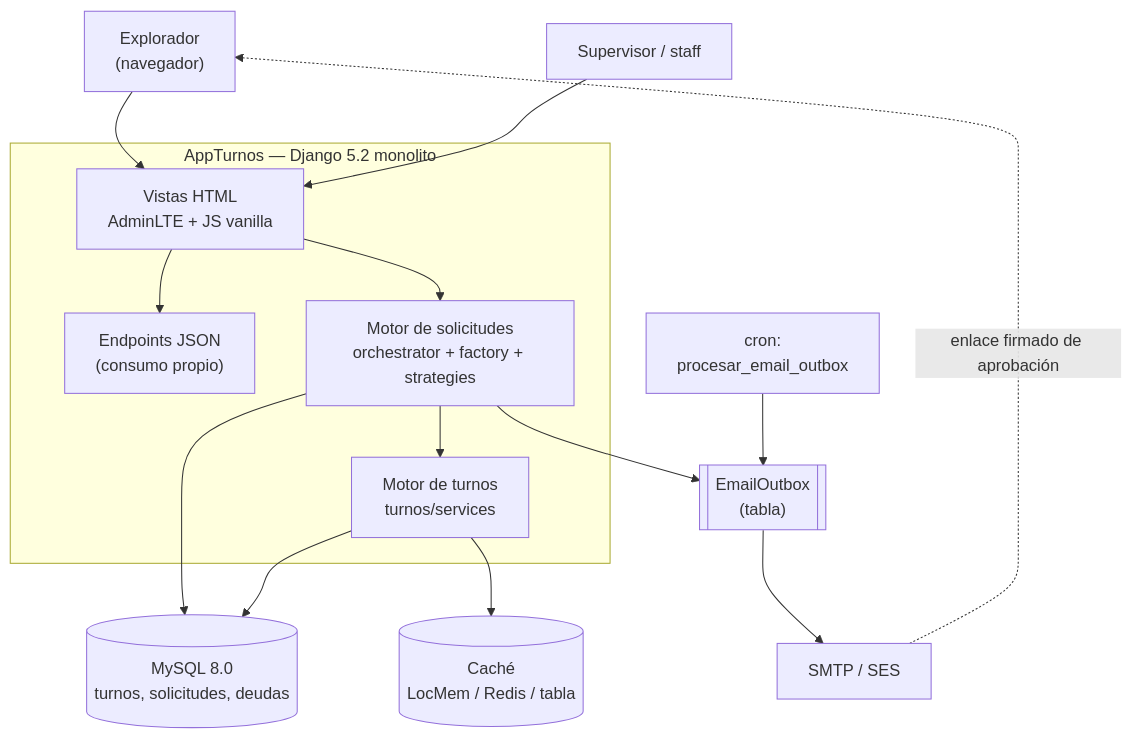
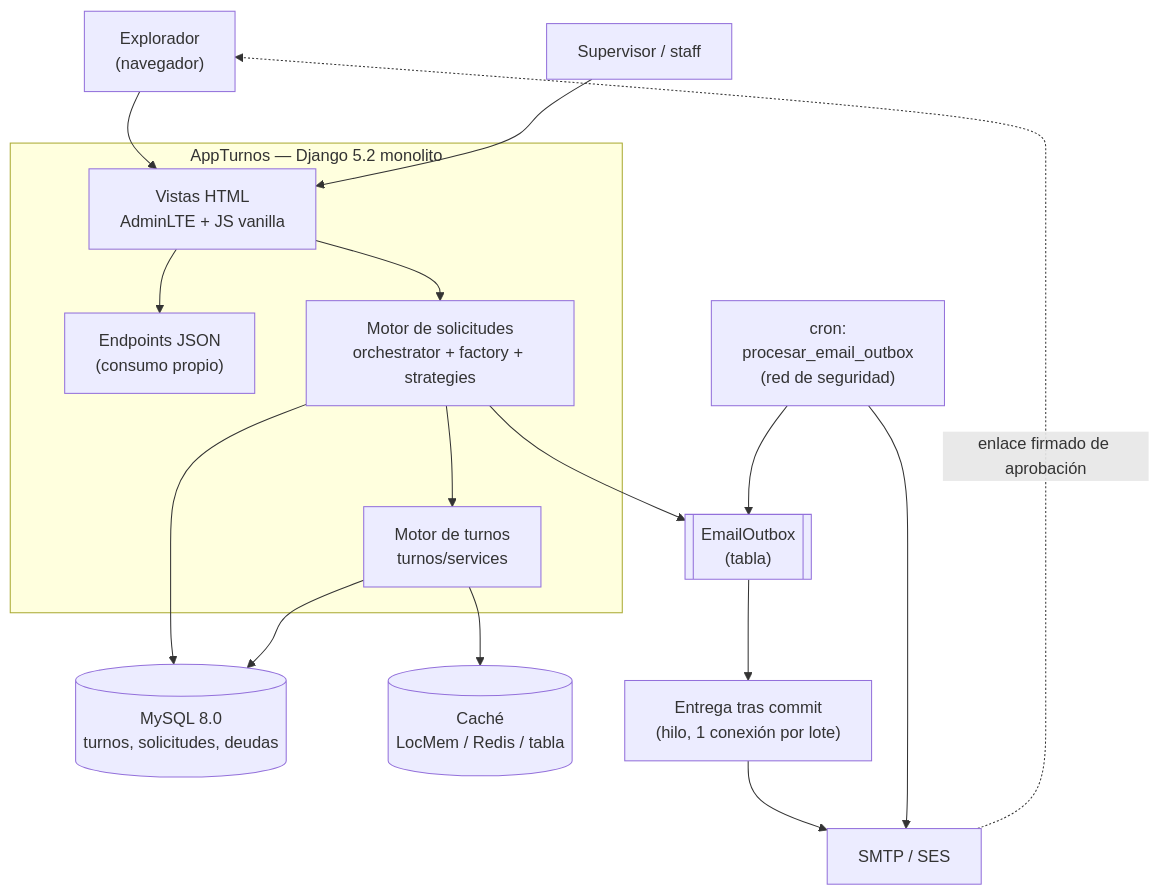
One commit to ManuelCris29/turnosEx changed the first of 6 diagrams in AppTurnosExplora/docs/manual_tecnico.md. Above: the diagram before and after it, drawn with Mermaid. The commit also changed other lines of this file and 7 other files, not shown here.

````diff
--- a/AppTurnosExplora/docs/manual_tecnico.md
+++ b/AppTurnosExplora/docs/manual_tecnico.md
@@ -238,29 +243,32 @@
 ```mermaid
 flowchart TB
     EXP["Explorador<br/>(navegador)"]
     SUP["Supervisor / staff"]
     subgraph APP["AppTurnos — Django 5.2 monolito"]
         WEB["Vistas HTML<br/>AdminLTE + JS vanilla"]
         API["Endpoints JSON<br/>(consumo propio)"]
         ORQ["Motor de solicitudes<br/>orchestrator + factory + strategies"]
         TUR["Motor de turnos<br/>turnos/services"]
     end
     DB[("MySQL 8.0<br/>turnos, solicitudes, deudas")]
     CACHE[("Caché<br/>LocMem / Redis / tabla")]
     OUTBOX[["EmailOutbox<br/>(tabla)"]]
     SMTP["SMTP / SES"]
-    CRON["cron:<br/>procesar_email_outbox"]
+    HILO["Entrega tras commit<br/>(hilo, 1 conexión por lote)"]
+    CRON["cron:<br/>procesar_email_outbox<br/>(red de seguridad)"]
 
     EXP --> WEB
     SUP --> WEB
     WEB --> API
     WEB --> ORQ
     ORQ --> TUR
     ORQ --> DB
     TUR --> DB
     TUR --> CACHE
     ORQ --> OUTBOX
+    OUTBOX --> HILO
     CRON --> OUTBOX
-    OUTBOX --> SMTP
+    HILO --> SMTP
+    CRON --> SMTP
     SMTP -.->|enlace firmado de aprobación| EXP
 ```
````
